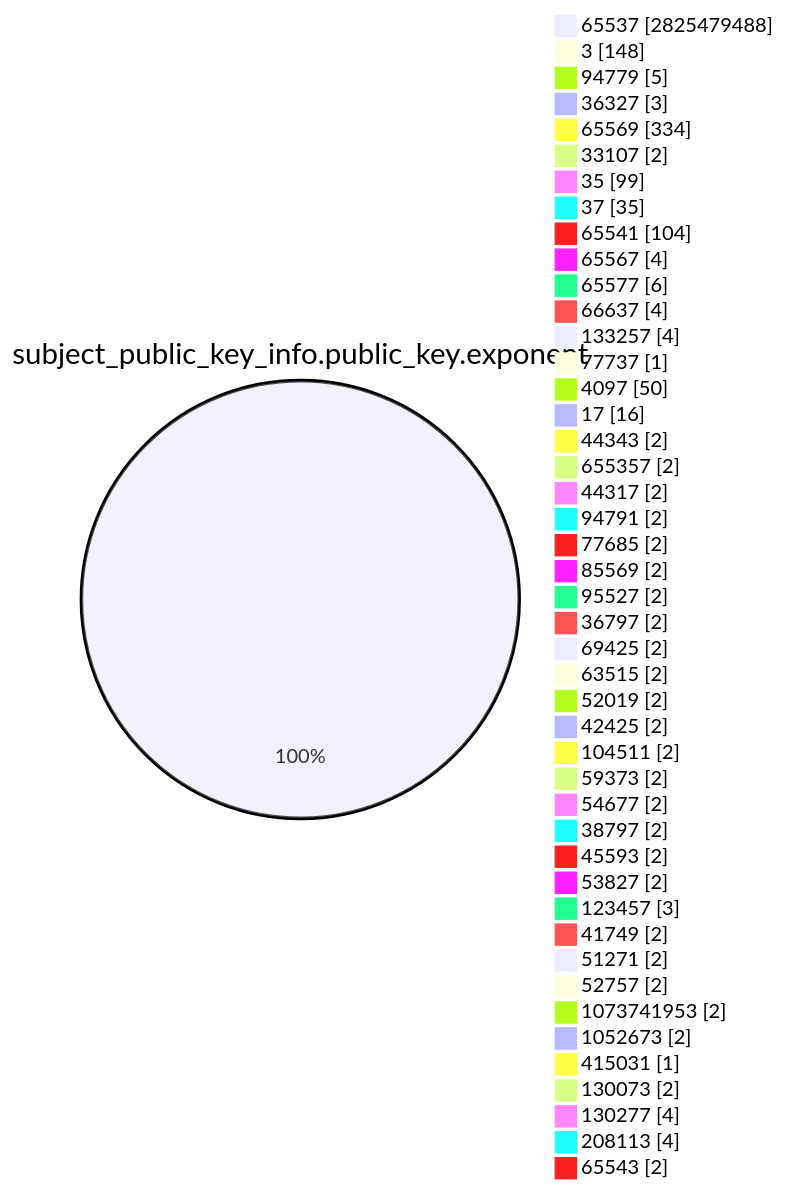
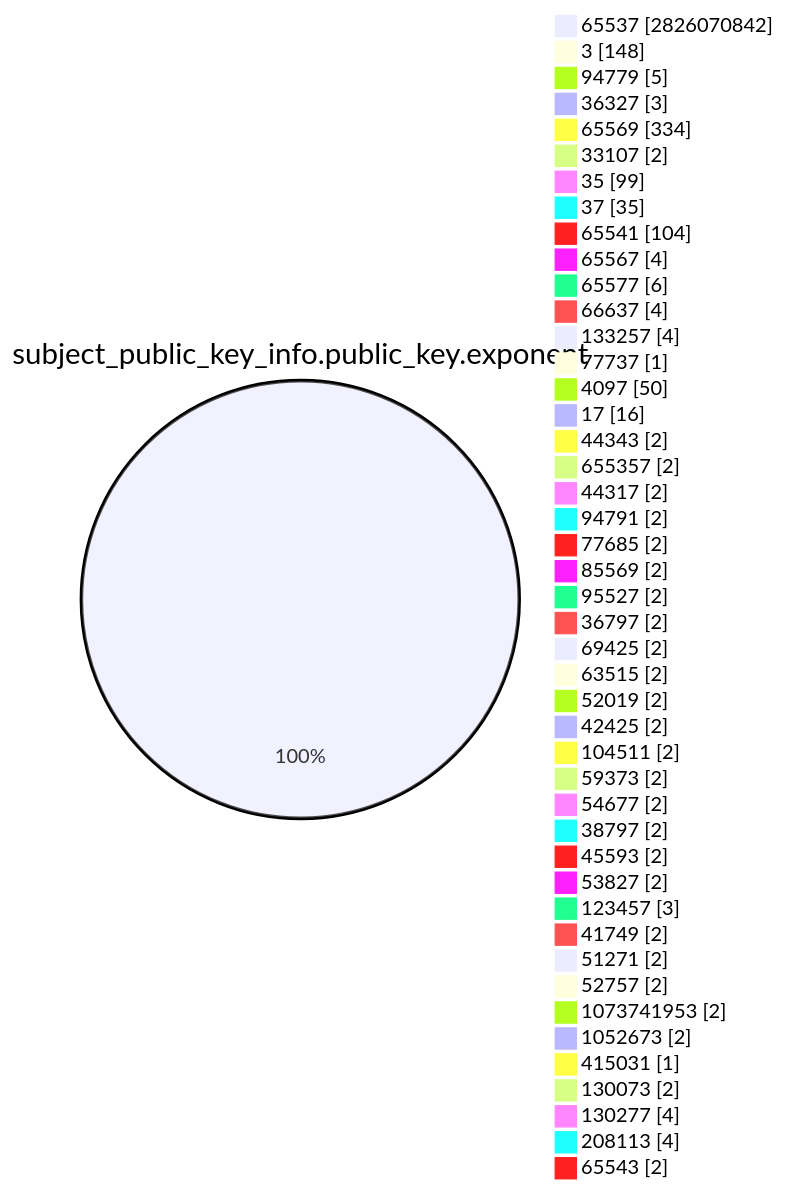
One commit to christiankrug/ctmonitor_visualization changed the fourth of 15 diagrams in TOTAL/README.md. Above: the diagram before and after it, drawn with Mermaid. The commit also changed other lines of this file, not shown here.

````diff
--- a/TOTAL/README.md
+++ b/TOTAL/README.md
@@ -1468,49 +1468,49 @@
 ```mermaid
 pie showData
 title subject_public_key_info.public_key.exponent
-"65537" :2825479488
+"65537" :2826070842
 "3" :148
 "94779" :5
 "36327" :3
 "65569" :334
 "33107" :2
 "35" :99
 "37" :35
 "65541" :104
 "65567" :4
 "65577" :6
 "66637" :4
 "133257" :4
 "77737" :1
 "4097" :50
 "17" :16
 "44343" :2
 "655357" :2
 "44317" :2
 "94791" :2
 "77685" :2
 "85569" :2
 "95527" :2
 "36797" :2
 "69425" :2
 "63515" :2
 "52019" :2
 "42425" :2
 "104511" :2
 "59373" :2
 "54677" :2
 "38797" :2
 "45593" :2
 "53827" :2
 "123457" :3
 "41749" :2
 "51271" :2
 "52757" :2
 "1073741953" :2
 "1052673" :2
 "415031" :1
 "130073" :2
 "130277" :4
 "208113" :4
 "65543" :2
 ```
````
